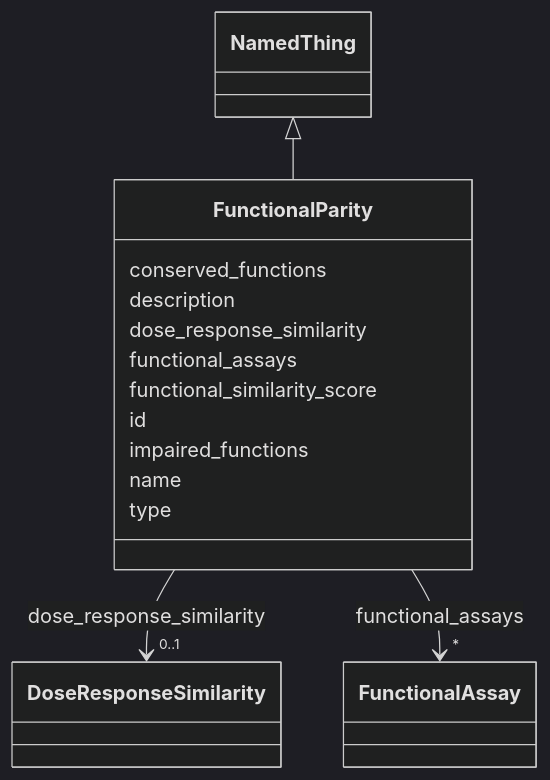
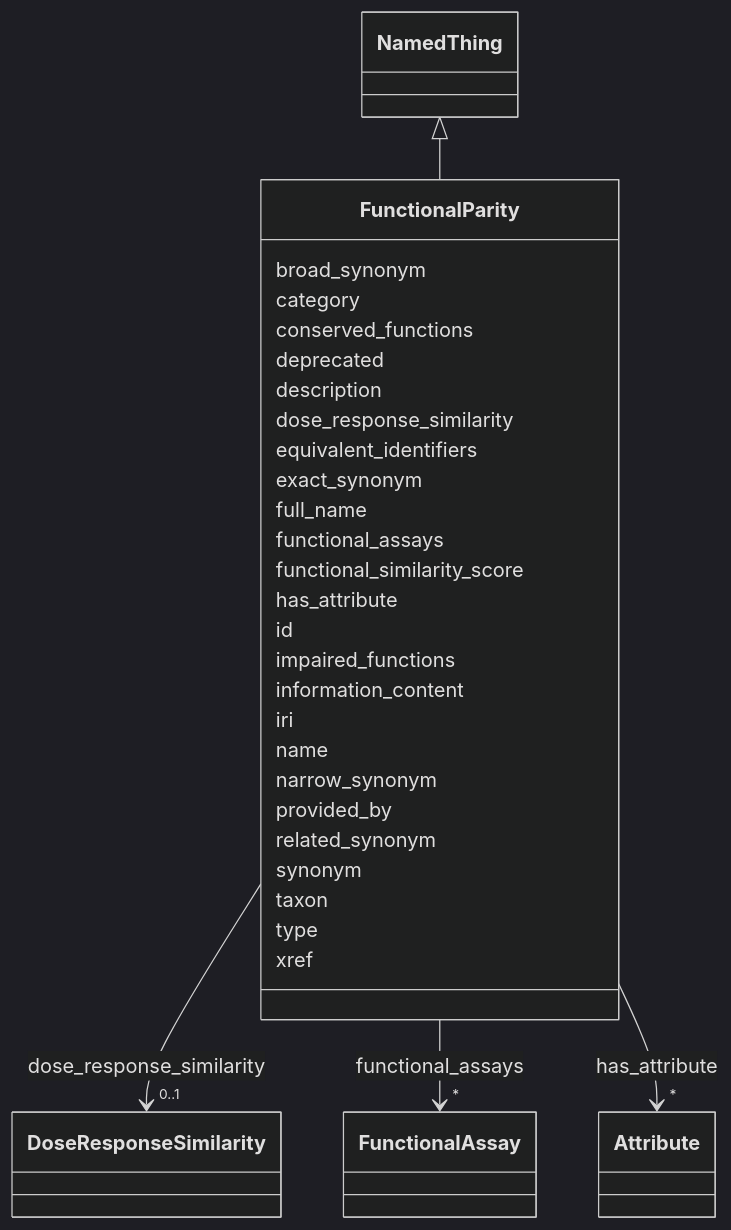
The diagram in docs/elements/FunctionalParity.md (monarch-initiative/namo), drawn with Mermaid (dark theme) before and after one commit. The commit also changed other lines of this file and 1232 other files, not shown here.

````diff
--- a/docs/elements/FunctionalParity.md
+++ b/docs/elements/FunctionalParity.md
@@ -18,45 +23,84 @@
 ```mermaid
  classDiagram
     class FunctionalParity
     click FunctionalParity href "../FunctionalParity/"
       NamedThing <|-- FunctionalParity
         click NamedThing href "../NamedThing/"
       
+      FunctionalParity : broad_synonym
+        
+      FunctionalParity : category
+        
       FunctionalParity : conserved_functions
+        
+      FunctionalParity : deprecated
         
       FunctionalParity : description
         
       FunctionalParity : dose_response_similarity
         
           
     
         
         
         FunctionalParity --> "0..1" DoseResponseSimilarity : dose_response_similarity
         click DoseResponseSimilarity href "../DoseResponseSimilarity/"
     
 
         
+      FunctionalParity : equivalent_identifiers
+        
+      FunctionalParity : exact_synonym
+        
+      FunctionalParity : full_name
+        
       FunctionalParity : functional_assays
         
           
     
         
         
         FunctionalParity --> "*" FunctionalAssay : functional_assays
         click FunctionalAssay href "../FunctionalAssay/"
     
 
         
       FunctionalParity : functional_similarity_score
         
+      FunctionalParity : has_attribute
+        
+          
+    
+        
+        
+        FunctionalParity --> "*" Attribute : has_attribute
+        click Attribute href "../Attribute/"
+    
+
+        
       FunctionalParity : id
         
       FunctionalParity : impaired_functions
         
+      FunctionalParity : information_content
+        
+      FunctionalParity : iri
+        
       FunctionalParity : name
+        
+      FunctionalParity : narrow_synonym
+        
+      FunctionalParity : provided_by
+        
+      FunctionalParity : related_synonym
+        
+      FunctionalParity : synonym
+        
+      FunctionalParity : taxon
         
       FunctionalParity : type
         
+      FunctionalParity : xref
+        
       
 ```
````
